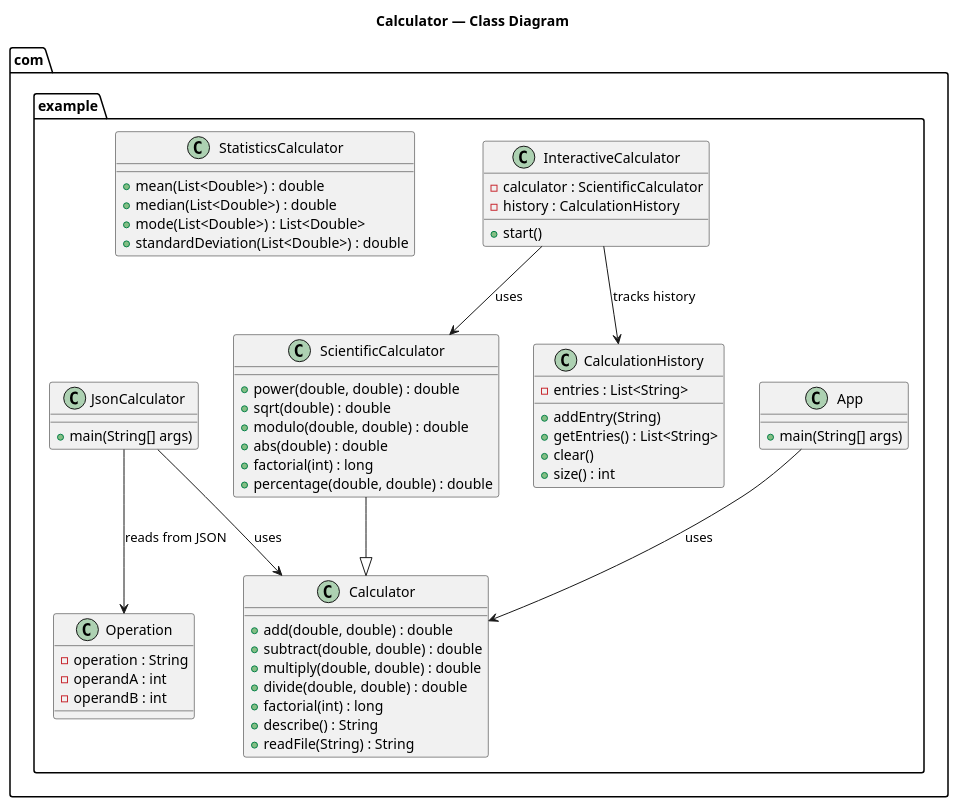
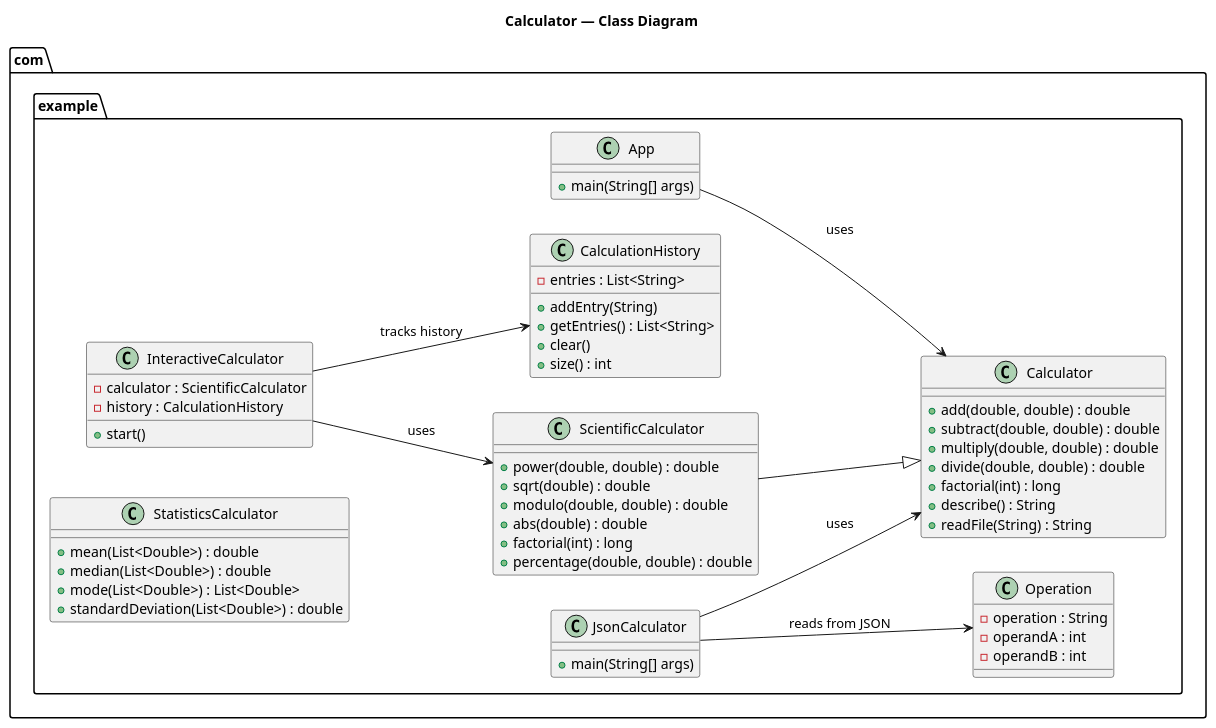
Before and after one commit to OxADD1/Calculator: the diagram in docs/architecture/calculator.puml, drawn with PlantUML.

Commit message:
improve PlantUML diagram layout for better readability

```diff
--- a/docs/architecture/calculator.puml
+++ b/docs/architecture/calculator.puml
@@ -4,72 +4,74 @@
 @startuml Calculator Architecture
 
+skinparam classFontSize 14
+left to right direction
 title Calculator — Class Diagram
 
 package "com.example" {
 
     class App {
         + main(String[] args)
     }
 
     class Calculator {
         + add(double, double) : double
         + subtract(double, double) : double
         + multiply(double, double) : double
         + divide(double, double) : double
         + factorial(int) : long
         + describe() : String
         + readFile(String) : String
     }
 
     class ScientificCalculator {
         + power(double, double) : double
         + sqrt(double) : double
         + modulo(double, double) : double
         + abs(double) : double
         + factorial(int) : long
         + percentage(double, double) : double
     }
 
     class InteractiveCalculator {
         - calculator : ScientificCalculator
         - history : CalculationHistory
         + start()
     }
 
     class CalculationHistory {
         - entries : List<String>
         + addEntry(String)
         + getEntries() : List<String>
         + clear()
         + size() : int
     }
 
     class JsonCalculator {
         + main(String[] args)
     }
 
     class Operation {
         - operation : String
         - operandA : int
         - operandB : int
     }
 
     class StatisticsCalculator {
         + mean(List<Double>) : double
         + median(List<Double>) : double
         + mode(List<Double>) : List<Double>
         + standardDeviation(List<Double>) : double
     }
 
     ' Inheritance
     ScientificCalculator --|> Calculator
 
     ' Dependencies
     App --> Calculator : uses
     InteractiveCalculator --> ScientificCalculator : uses
     InteractiveCalculator --> CalculationHistory : tracks history
     JsonCalculator --> Calculator : uses
     JsonCalculator --> Operation : reads from JSON
 }
 
 @enduml
```
